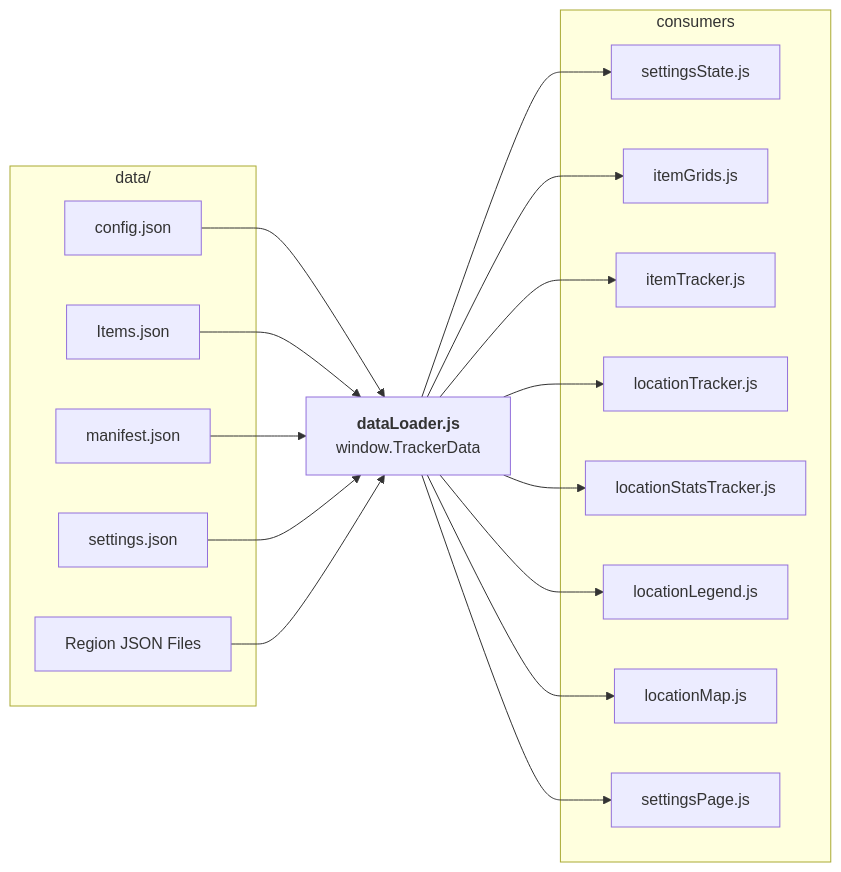
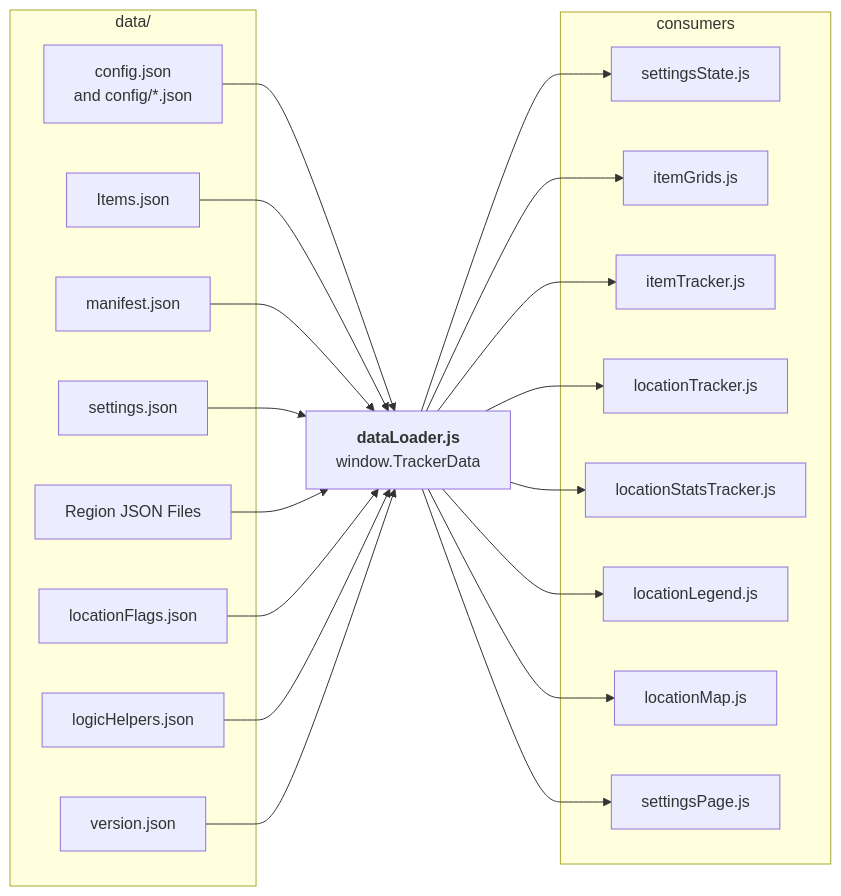
The second of 15 diagrams in documentation/architecture-diagram.md (GonzaloJMora/mm3drTracker), drawn with Mermaid before and after one commit. The commit also changed other lines of this file and 78 other files, not shown here.

````diff
--- a/documentation/architecture-diagram.md
+++ b/documentation/architecture-diagram.md
@@ -45,37 +45,43 @@
 ```mermaid
 flowchart LR
     subgraph D["data/"]
-        CFG["config.json"]
+        CFG["config.json<br/>and config/*.json"]
         ITM["Items.json"]
         MAN["manifest.json"]
         SET["settings.json"]
         REG["Region JSON Files"]
+        FLG["locationFlags.json"]
+        HLP["logicHelpers.json"]
+        VER["version.json"]
     end
 
     DL["<b>dataLoader.js</b><br/>window.TrackerData"]
 
     subgraph CONS["consumers"]
         SS["settingsState.js"]
         IG["itemGrids.js"]
         IT["itemTracker.js"]
         LT["locationTracker.js"]
         LST["locationStatsTracker.js"]
         LEG["locationLegend.js"]
         LM["locationMap.js"]
         SPJ["settingsPage.js"]
     end
 
     CFG --> DL
     ITM --> DL
     MAN --> DL
     SET --> DL
     REG --> DL
+    FLG --> DL
+    HLP --> DL
+    VER --> DL
     DL --> SS
     DL --> IG
     DL --> IT
     DL --> LT
     DL --> LST
     DL --> LEG
     DL --> LM
     DL --> SPJ
 ```
````
